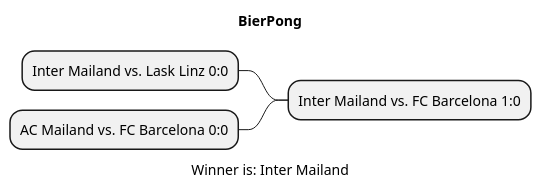
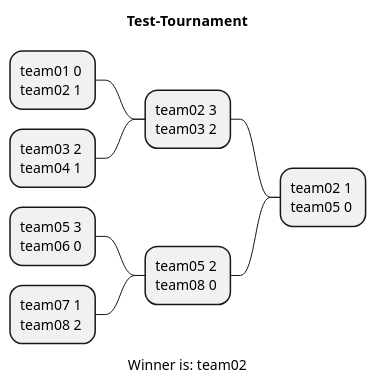
The diagram in asciidocs/plantuml/Result.puml (htl-leonding-project/2022-4ahif-autohaus), drawn with PlantUML before and after one commit. The commit also changed 15 other files, not shown here.

Commit message:
Changed Diagram generation

```diff
--- a/asciidocs/plantuml/Result.puml
+++ b/asciidocs/plantuml/Result.puml
@@ -1,10 +1,18 @@
-@startmindmap BierPong.png
-title BierPong
+@startmindmap Test-Tournament.png
+title Test-Tournament
 
-- Inter Mailand vs. FC Barcelona 1:0
+- team02 1 \nteam05 0
 
--- Inter Mailand vs. Lask Linz 0:0
+-- team02 3 \nteam03 2
 
--- AC Mailand vs. FC Barcelona 0:0
-caption Winner is: Inter Mailand
+--- team01 0 \nteam02 1
+
+--- team03 2 \nteam04 1
+
+-- team05 2 \nteam08 0
+
+--- team05 3 \nteam06 0
+
+--- team07 1 \nteam08 2
+caption Winner is: team02
 @endmindmap
```
